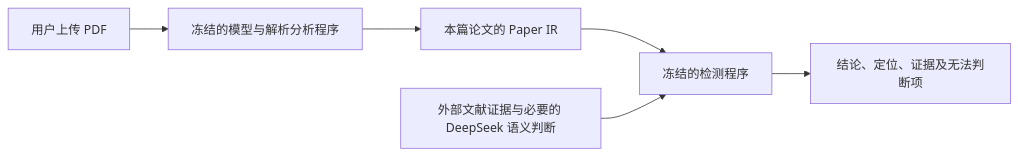
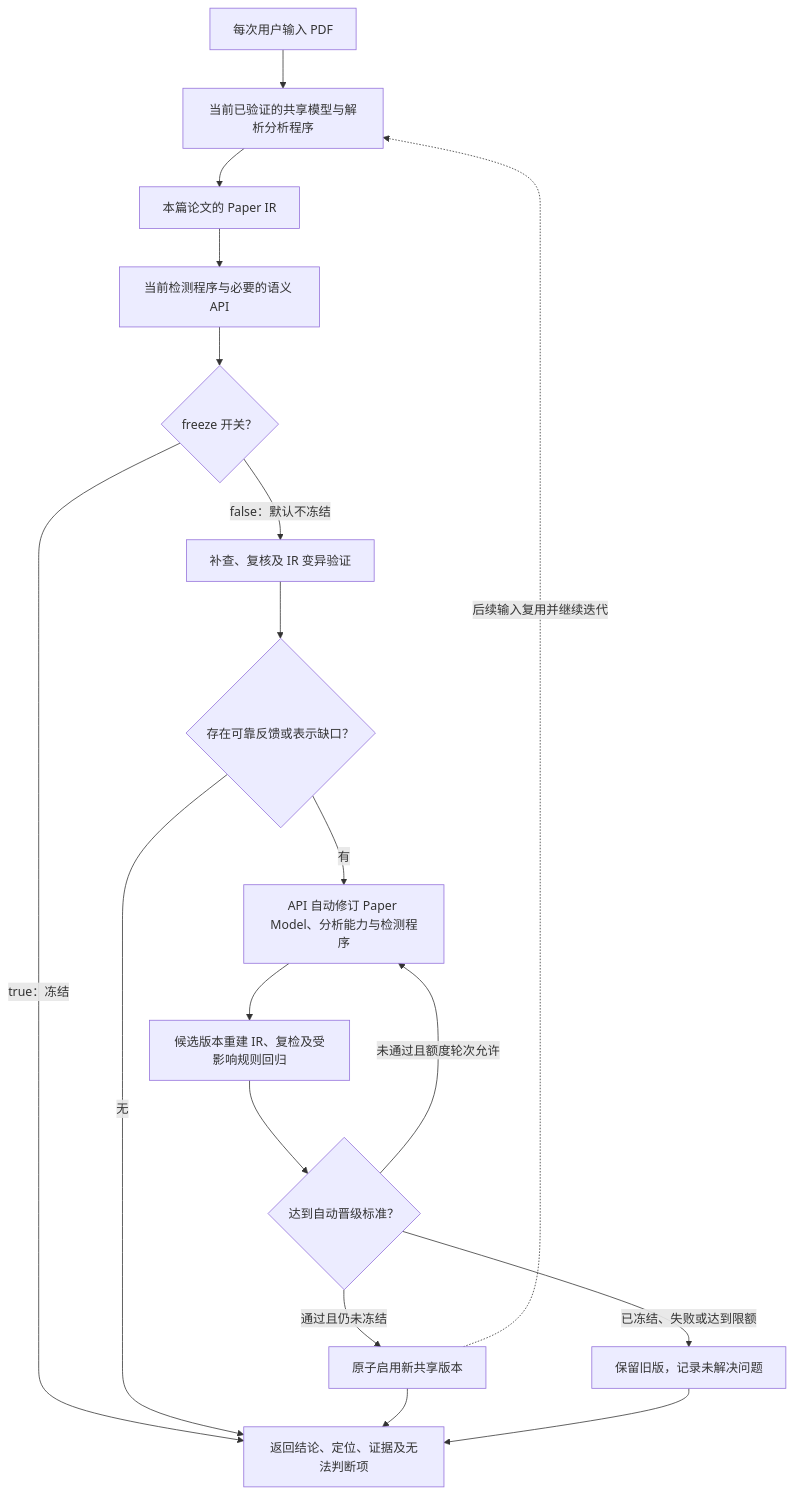
Before and after one commit to code-philia/smart-degree-review-system: the second of 2 diagrams in docs/superpowers/specs/2026-10-18-mutant-feedback-framework-design.md, drawn with Mermaid. The commit also changed other lines of this file and 32 other files, not shown here.

````diff
--- a/docs/superpowers/specs/2026-10-18-mutant-feedback-framework-design.md
+++ b/docs/superpowers/specs/2026-10-18-mutant-feedback-framework-design.md
@@ -219,8 +221,20 @@
 ```mermaid
-flowchart LR
-    PDF[用户上传 PDF] --> PARSE[冻结的模型与解析分析程序]
+flowchart TD
+    PDF[每次用户输入 PDF] --> PARSE[当前已验证的共享模型与解析分析程序]
     PARSE --> IR[本篇论文的 Paper IR]
-    IR --> DETECT[冻结的检测程序]
-    EVIDENCE[外部文献证据与必要的 DeepSeek 语义判断] --> DETECT
-    DETECT --> REPORT[结论、定位、证据及无法判断项]
+    IR --> DETECT[当前检测程序与必要的语义 API]
+    DETECT --> MODE{freeze 开关？}
+    MODE -->|true：冻结| REPORT[返回结论、定位、证据及无法判断项]
+    MODE -->|false：默认不冻结| VERIFY[补查、复核及 IR 变异验证]
+    VERIFY --> NEED{存在可靠反馈或表示缺口？}
+    NEED -->|无| REPORT
+    NEED -->|有| REFINE[API 自动修订 Paper Model、分析能力与检测程序]
+    REFINE --> CANDIDATE[候选版本重建 IR、复检及受影响规则回归]
+    CANDIDATE --> GATE{达到自动晋级标准？}
+    GATE -->|通过且仍未冻结| PROMOTE[原子启用新共享版本]
+    PROMOTE --> REPORT
+    PROMOTE -. 后续输入复用并继续迭代 .-> PARSE
+    GATE -->|未通过且额度轮次允许| REFINE
+    GATE -->|已冻结、失败或达到限额| KEEP[保留旧版，记录未解决问题]
+    KEEP --> REPORT
 ```
````
